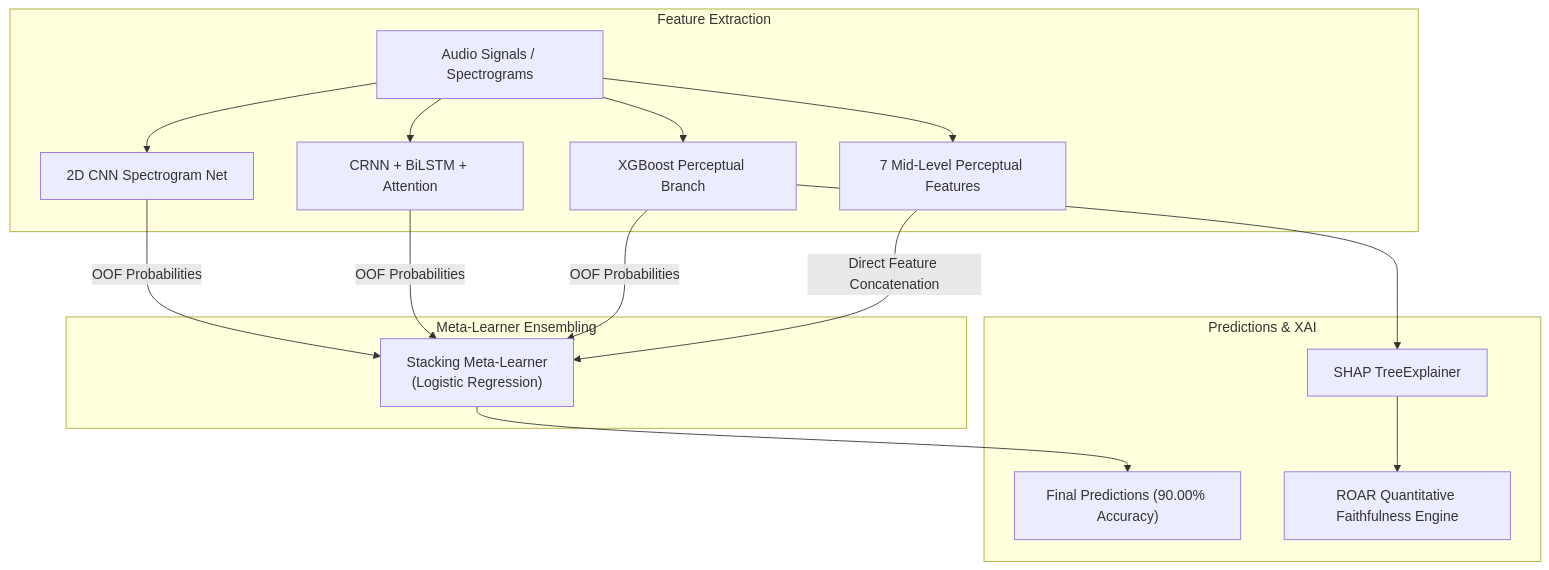
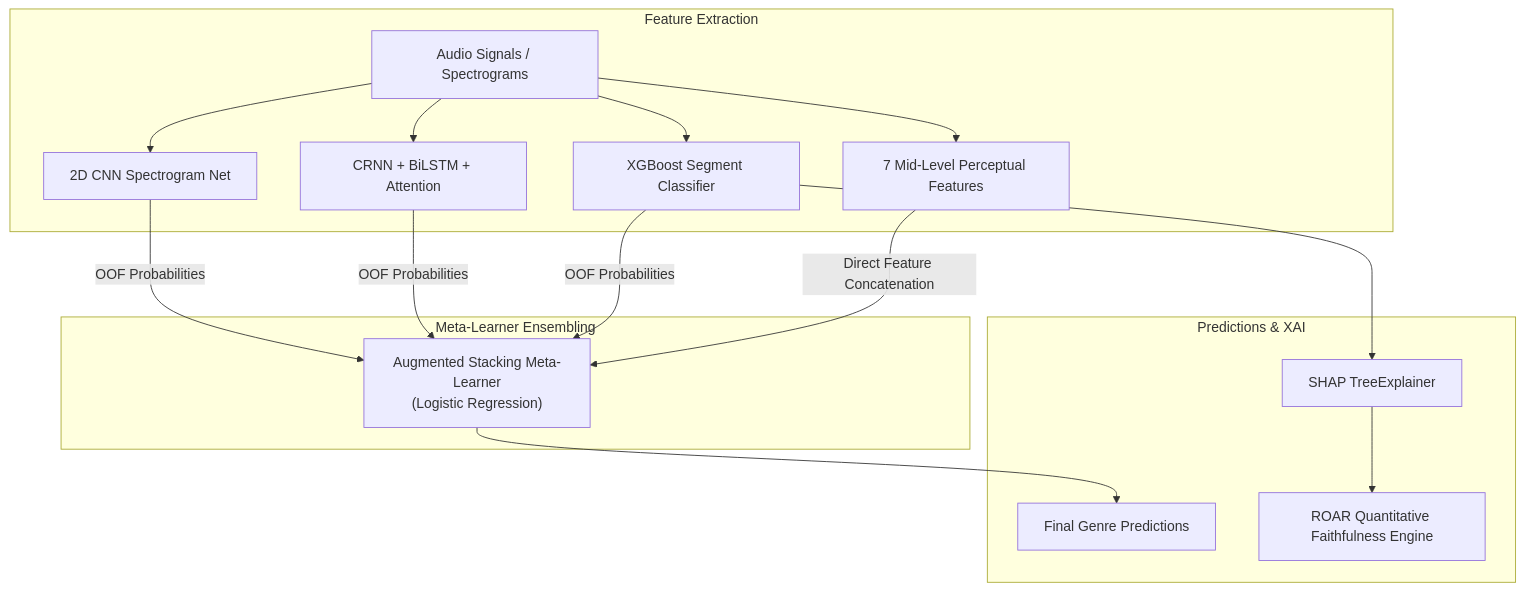
Before and after one commit to kaladharroyal/MUSIC-CLASSIFIER: the diagram in docs/manuscript_draft.md, drawn with Mermaid. The commit also changed other lines of this file and 15 other files, not shown here.

````diff
--- a/docs/manuscript_draft.md
+++ b/docs/manuscript_draft.md
@@ -36,22 +36,22 @@
 ```mermaid
 flowchart TD
     subgraph Feature Extraction
         A["Audio Signals / Spectrograms"] --> B["2D CNN Spectrogram Net"]
         A --> C["CRNN + BiLSTM + Attention"]
-        A --> D["XGBoost Perceptual Branch"]
+        A --> D["XGBoost Segment Classifier"]
         A --> E["7 Mid-Level Perceptual Features"]
     end
 
     subgraph Meta-Learner Ensembling
-        B -->|OOF Probabilities| F["Stacking Meta-Learner<br/>(Logistic Regression)"]
+        B -->|OOF Probabilities| F["Augmented Stacking Meta-Learner<br/>(Logistic Regression)"]
         C -->|OOF Probabilities| F
         D -->|OOF Probabilities| F
         E -->|Direct Feature Concatenation| F
     end
 
     subgraph Predictions & XAI
-        F --> G["Final Predictions (90.00% Accuracy)"]
+        F --> G["Final Genre Predictions"]
         D --> H["SHAP TreeExplainer"]
         H --> I["ROAR Quantitative Faithfulness Engine"]
     end
 ```
````
